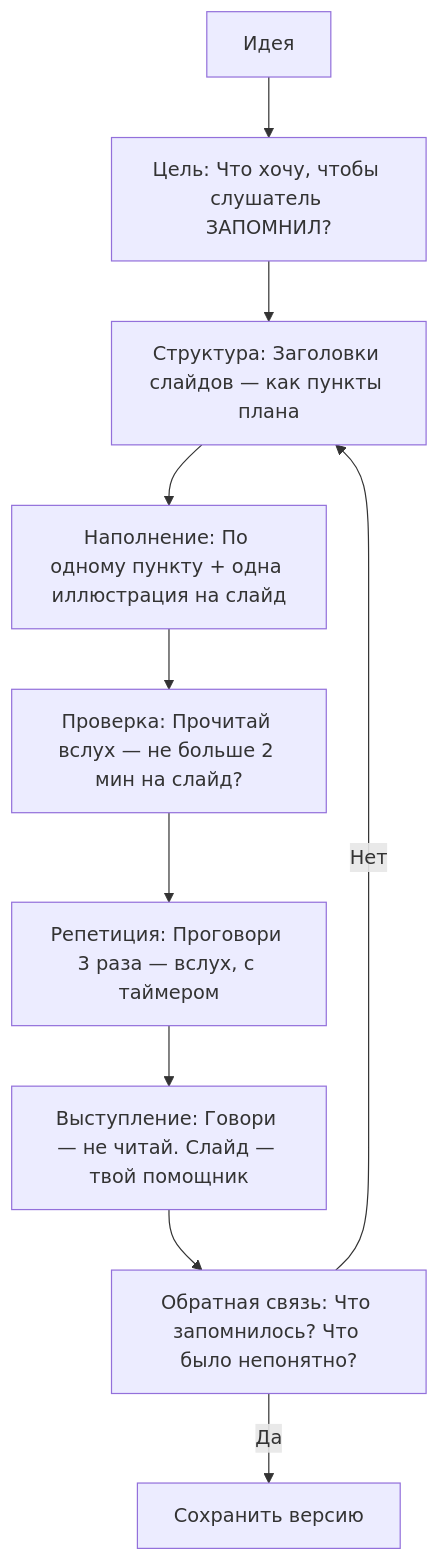
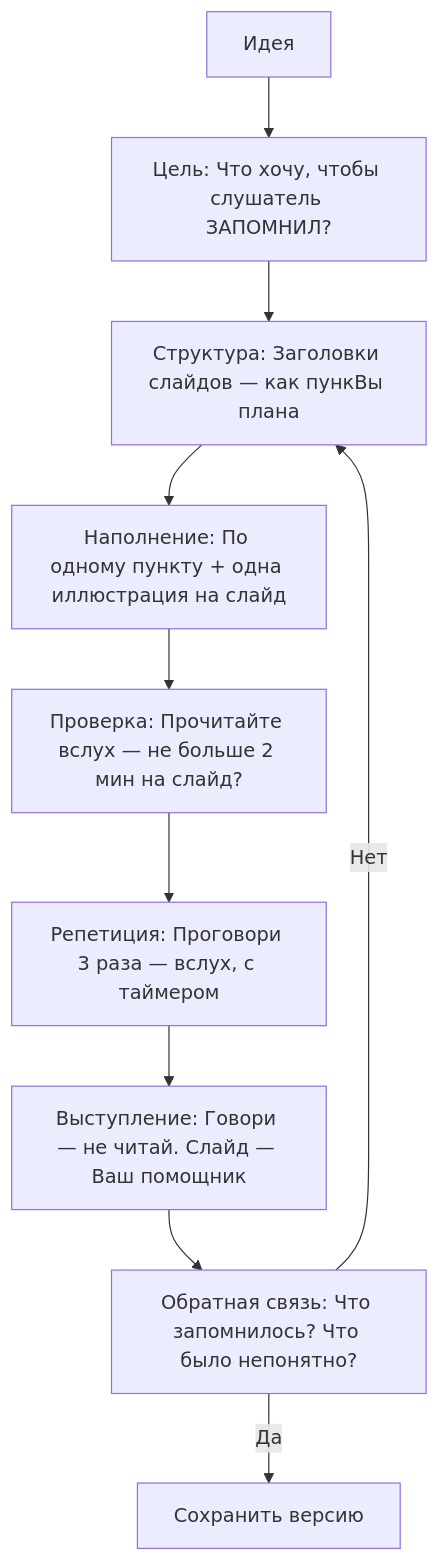
Before and after one commit to Spirzen/it-knowledge-base: the diagram in docs/encyclopedia/9-spinoff/9-11-dlya-detey/4-programmy/3.md, drawn with Mermaid. The commit also changed other lines of this file and 1180 other files, not shown here.

````diff
--- a/docs/encyclopedia/9-spinoff/9-11-dlya-detey/4-programmy/3.md
+++ b/docs/encyclopedia/9-spinoff/9-11-dlya-detey/4-programmy/3.md
@@ -220,12 +220,12 @@
 ```mermaid
 graph TD
     A[Идея] --> B[Цель: Что хочу, чтобы слушатель ЗАПОМНИЛ?]
-    B --> C[Структура: Заголовки слайдов — как пункты плана]
+    B --> C[Структура: Заголовки слайдов — как пункВы плана]
     C --> D[Наполнение: По одному пункту + одна иллюстрация на слайд]
-    D --> E[Проверка: Прочитай вслух — не больше 2 мин на слайд?]
+    D --> E[Проверка: Прочитайте вслух — не больше 2 мин на слайд?]
     E --> F[Репетиция: Проговори 3 раза — вслух, с таймером]
-    F --> G[Выступление: Говори — не читай. Слайд — твой помощник]
+    F --> G[Выступление: Говори — не читай. Слайд — Ваш помощник]
     G --> H[Обратная связь: Что запомнилось? Что было непонятно?]
     H -->|Да| I[Сохранить версию]
     H -->|Нет| C
 ```
````
